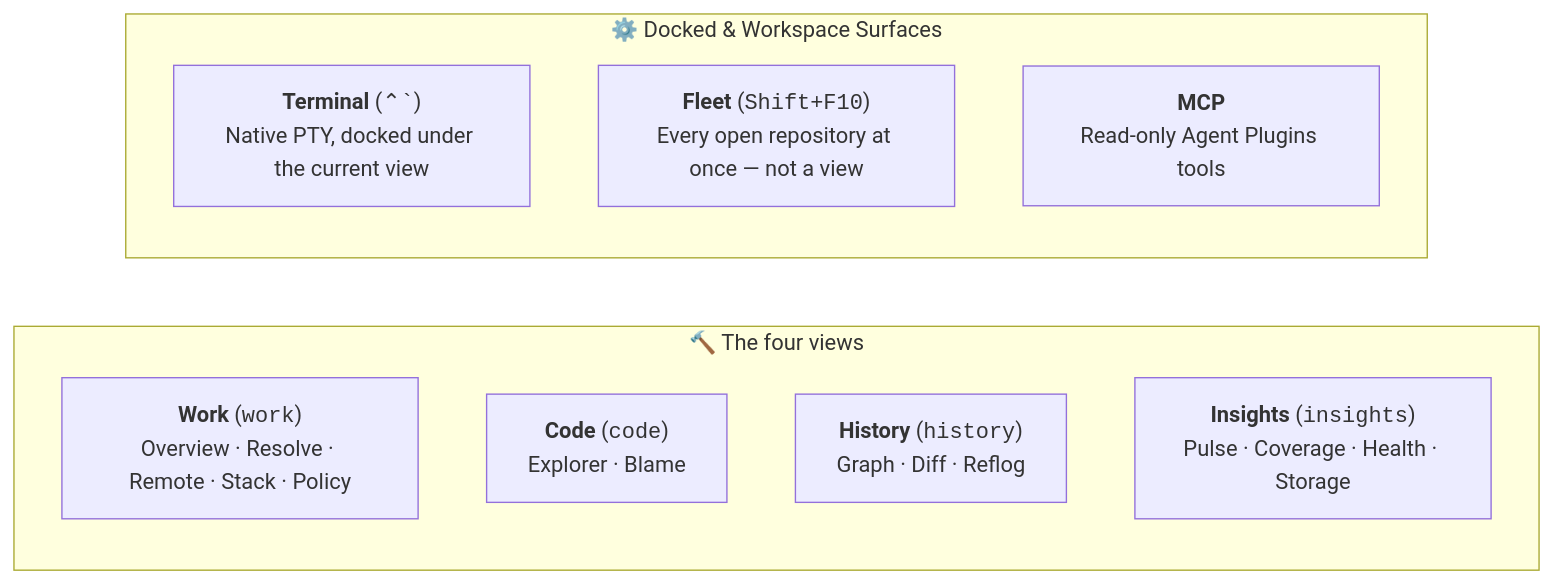
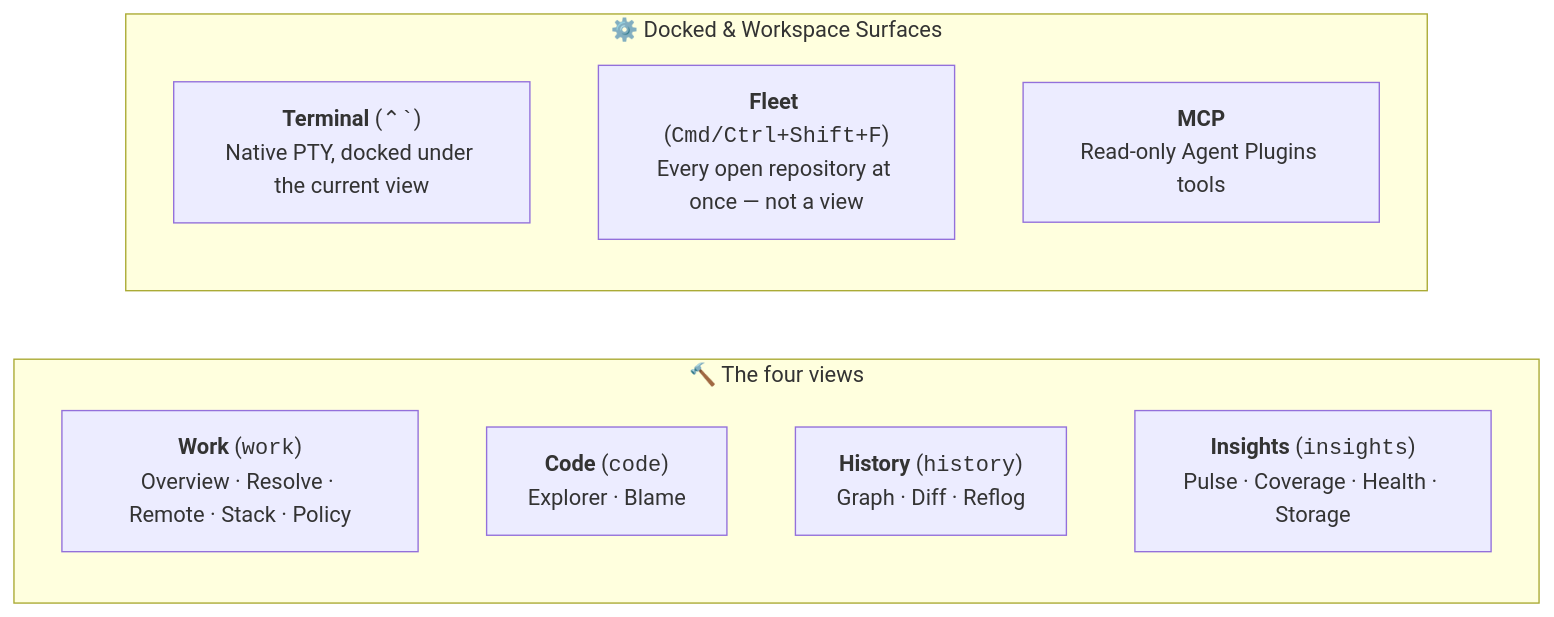
The second of 4 diagrams in README.md (bharathvbcr/GitPulse), drawn with Mermaid before and after one commit. The commit also changed other lines of this file and 66 other files, not shown here.

````diff
--- a/README.md
+++ b/README.md
@@ -96,15 +96,15 @@
 ```mermaid
 flowchart LR
     subgraph Views["🔨 The four views"]
         WorkTab["<b>Work</b> (<code>work</code>)<br/>Overview · Resolve · Remote · Stack · Policy"]
         Code["<b>Code</b> (<code>code</code>)<br/>Explorer · Blame"]
         History["<b>History</b> (<code>history</code>)<br/>Graph · Diff · Reflog"]
         Insights["<b>Insights</b> (<code>insights</code>)<br/>Pulse · Coverage · Health · Storage"]
     end
 
     subgraph Docked["⚙️ Docked & Workspace Surfaces"]
         Terminal["<b>Terminal</b> (<code>⌃`</code>)<br/>Native PTY, docked under the current view"]
-        Fleet["<b>Fleet</b> (<code>Shift+F10</code>)<br/>Every open repository at once — not a view"]
+        Fleet["<b>Fleet</b> (<code>Cmd/Ctrl+Shift+F</code>)<br/>Every open repository at once — not a view"]
         MCP["<b>MCP</b><br/>Read-only Agent Plugins tools"]
     end
 ```
````
